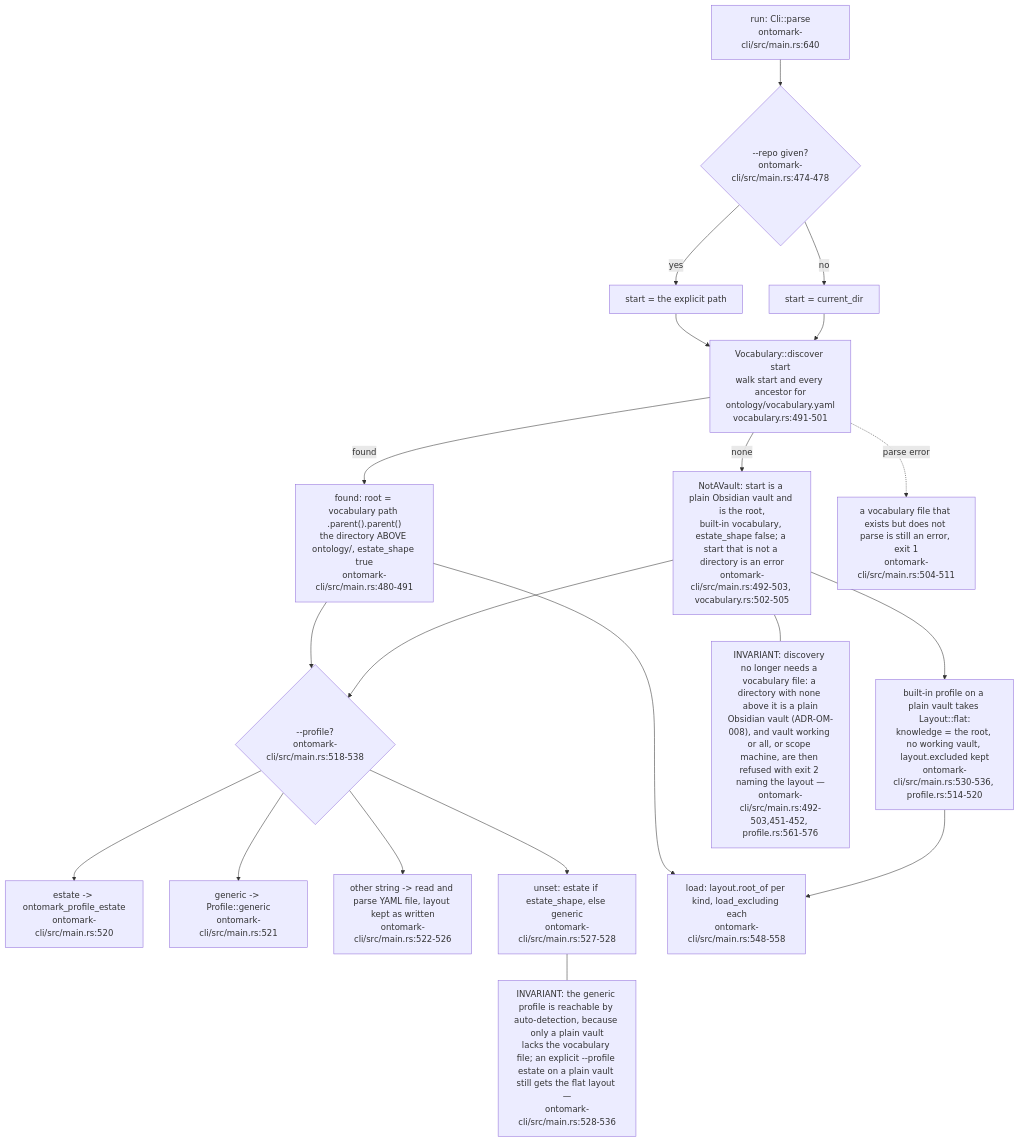
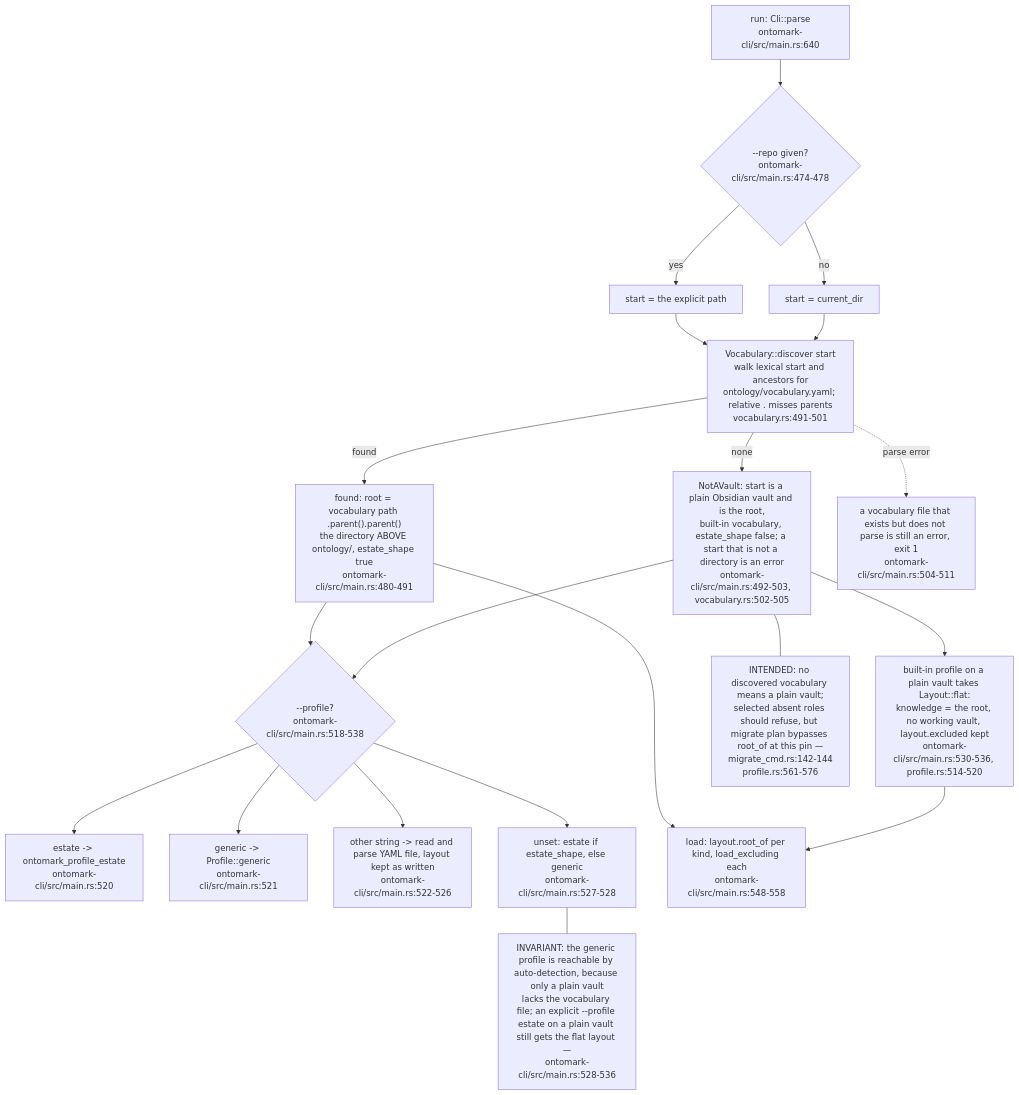
Before and after one commit to DreamLab-AI/VisionFlow: the fourth of 6 diagrams in docs/diagrams/ontomark/05-cli-commands-vault-selector-and-exit-codes.md, drawn with Mermaid. The commit also changed other lines of this file and 196 other files, not shown here.

Commit message:
audit: repair shared Ontomark layout boundaries and record crate consumption

````diff
--- a/docs/diagrams/ontomark/05-cli-commands-vault-selector-and-exit-codes.md
+++ b/docs/diagrams/ontomark/05-cli-commands-vault-selector-and-exit-codes.md
@@ -155,39 +155,39 @@
 ```mermaid
 flowchart TD
     START["run: Cli::parse<br/>ontomark-cli/src/main.rs:640"]
     EXPL{"--repo given?<br/>ontomark-cli/src/main.rs:474-478"}
     P1["start = the explicit path"]
     P2["start = current_dir"]
-    DISC["Vocabulary::discover start<br/>walk start and every ancestor for<br/>ontology/vocabulary.yaml<br/>vocabulary.rs:491-501"]
+    DISC["Vocabulary::discover start<br/>walk lexical start and ancestors for<br/>ontology/vocabulary.yaml; relative . misses parents<br/>vocabulary.rs:491-501"]
     ESTATE["found: root = vocabulary path .parent().parent()<br/>the directory ABOVE ontology/, estate_shape true<br/>ontomark-cli/src/main.rs:480-491"]
     PLAIN["NotAVault: start is a plain Obsidian vault and is the root,<br/>built-in vocabulary, estate_shape false; a start that is not a directory is an error<br/>ontomark-cli/src/main.rs:492-503, vocabulary.rs:502-505"]
     BADV["a vocabulary file that exists but does not parse is still an error, exit 1<br/>ontomark-cli/src/main.rs:504-511"]
     PROF{"--profile?<br/>ontomark-cli/src/main.rs:518-538"}
     EST["estate -> ontomark_profile_estate<br/>ontomark-cli/src/main.rs:520"]
     GEN["generic -> Profile::generic<br/>ontomark-cli/src/main.rs:521"]
     YAML["other string -> read and parse YAML file, layout kept as written<br/>ontomark-cli/src/main.rs:522-526"]
     AUTO["unset: estate if estate_shape, else generic<br/>ontomark-cli/src/main.rs:527-528"]
     FLAT["built-in profile on a plain vault takes Layout::flat:<br/>knowledge = the root, no working vault, layout.excluded kept<br/>ontomark-cli/src/main.rs:530-536, profile.rs:514-520"]
     LOAD["load: layout.root_of per kind, load_excluding each<br/>ontomark-cli/src/main.rs:548-558"]
     START --> EXPL
     EXPL -->|yes| P1
     EXPL -->|no| P2
     P1 --> DISC
     P2 --> DISC
     DISC -->|found| ESTATE
     DISC -->|none| PLAIN
     DISC -.->|parse error| BADV
     ESTATE --> PROF
     PLAIN --> PROF
     PROF --> EST
     PROF --> GEN
     PROF --> YAML
     PROF --> AUTO
     PLAIN --> FLAT
     ESTATE --> LOAD
     FLAT --> LOAD
-    n1["INVARIANT: discovery no longer needs a vocabulary file: a directory with none above it is a plain<br/>Obsidian vault (ADR-OM-008), and vault working or all, or scope machine, are then refused with exit 2 naming the layout —<br/>ontomark-cli/src/main.rs:492-503,451-452, profile.rs:561-576"]
+    n1["INTENDED: no discovered vocabulary means a plain vault;<br/>selected absent roles should refuse, but migrate plan bypasses root_of at this pin —<br/>migrate_cmd.rs:142-144<br/>profile.rs:561-576"]
     n2["INVARIANT: the generic profile is reachable by auto-detection, because only a plain vault<br/>lacks the vocabulary file; an explicit --profile estate on a plain vault still gets the flat layout —<br/>ontomark-cli/src/main.rs:528-536"]
     PLAIN --- n1
     AUTO --- n2
 ```
````
